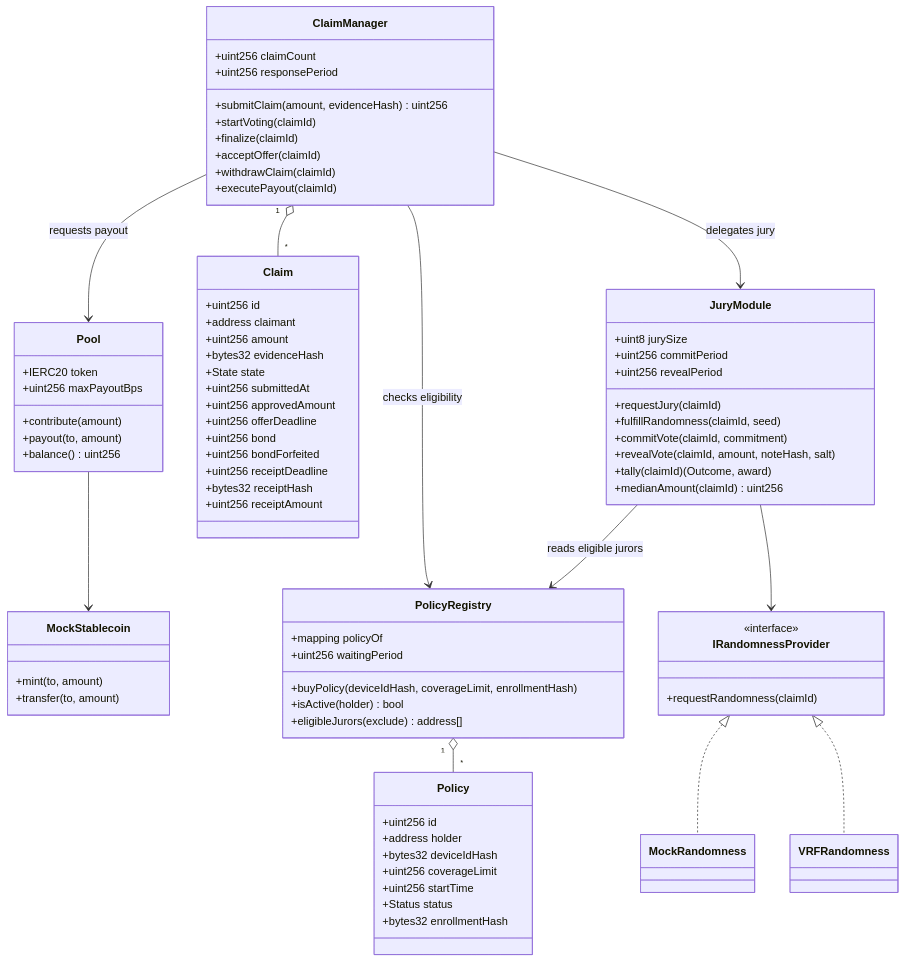
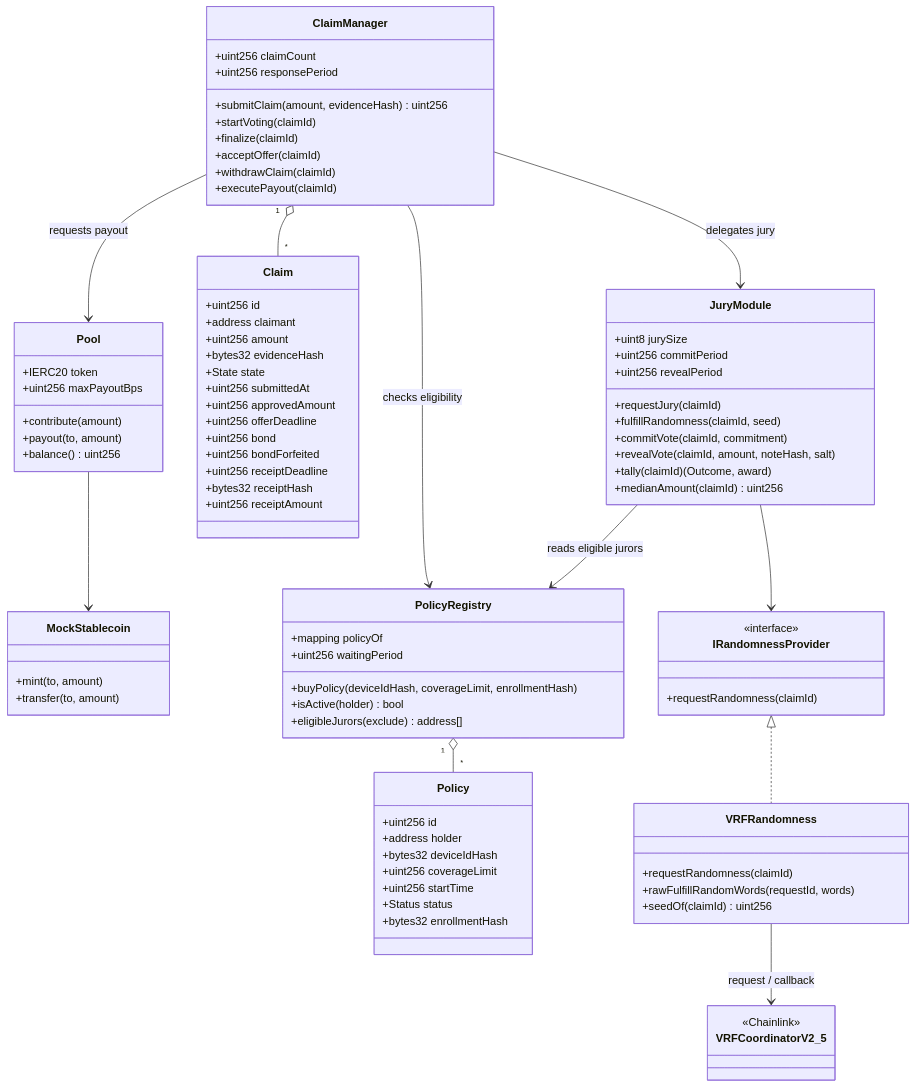
The second of 5 diagrams in docs/design-doc.md (StephanieNgu/trust-pool), drawn with Mermaid before and after one commit. The commit also changed other lines of this file and 31 other files, not shown here.

First line of the commit message:
Draw juries with Chainlink VRF v2.5 instead of a keeper-chosen seed

````diff
--- a/docs/design-doc.md
+++ b/docs/design-doc.md
@@ -142,8 +142,14 @@
         +requestRandomness(claimId)
     }
 
-    class MockRandomness
-    class VRFRandomness
+    class VRFRandomness {
+        +requestRandomness(claimId)
+        +rawFulfillRandomWords(requestId, words)
+        +seedOf(claimId) uint256
+    }
+    class VRFCoordinatorV2_5 {
+        <<Chainlink>>
+    }
 
     PolicyRegistry "1" o-- "*" Policy
     ClaimManager "1" o-- "*" Claim
@@ -152,7 +158,7 @@
     ClaimManager --> Pool : requests payout
     JuryModule --> PolicyRegistry : reads eligible jurors
     JuryModule --> IRandomnessProvider
-    IRandomnessProvider <|.. MockRandomness
     IRandomnessProvider <|.. VRFRandomness
+    VRFRandomness --> VRFCoordinatorV2_5 : request / callback
     Pool --> MockStablecoin
 ```
````
